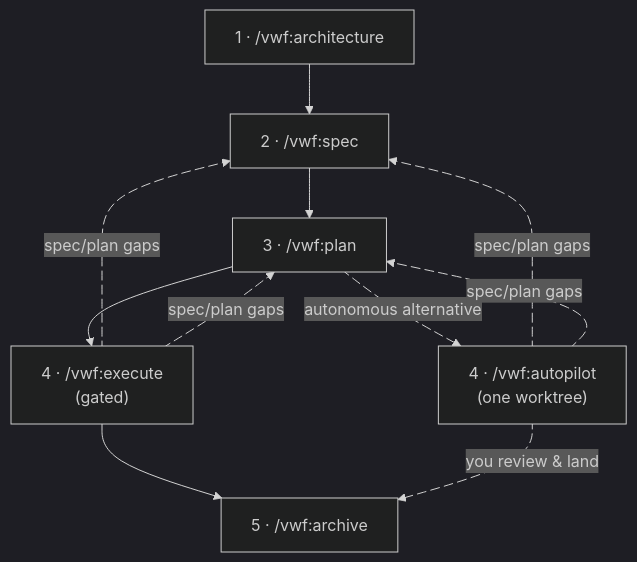
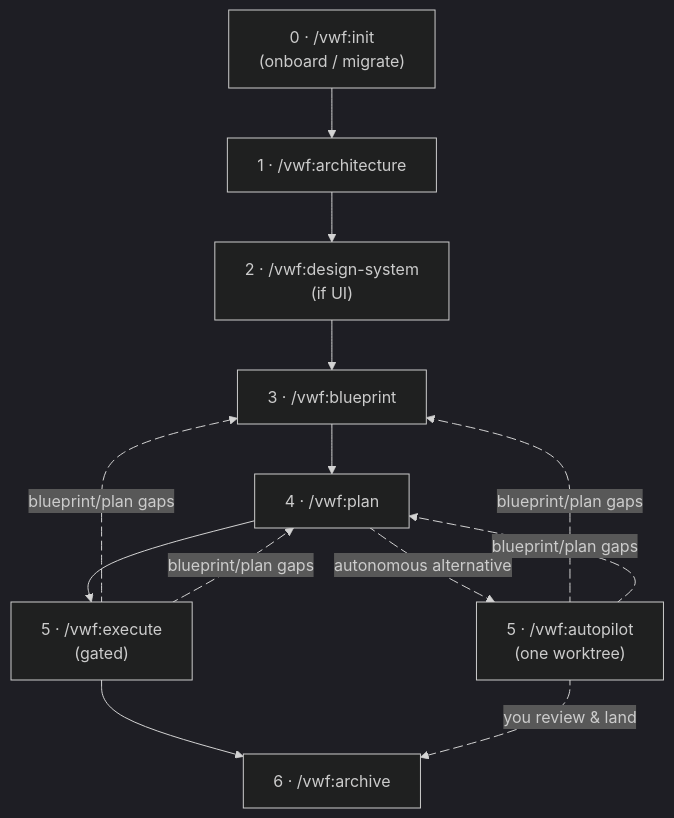
One commit to virajp/ai-plugins changed the first of 2 diagrams in readme.md. Above: the diagram before and after it, drawn with Mermaid (dark theme). The commit also changed other lines of this file and 50 other files, not shown here.

First line of the commit message:
feat(vwf): blueprint contract, design-system & init foundations

````diff
--- a/readme.md
+++ b/readme.md
@@ -112,19 +112,21 @@
 ```mermaid
 flowchart TD
-    A["1 · /vwf:architecture"] --> B["2 · /vwf:spec"]
-    B --> C["3 · /vwf:plan"]
-    C --> D["4 · /vwf:execute<br/>(gated)"]
-    C e1@-. "autonomous alternative" .-> F["4 · /vwf:autopilot<br/>(one worktree)"]
-    D --> E["5 · /vwf:archive"]
+    Z["0 · /vwf:init<br/>(onboard / migrate)"] --> A["1 · /vwf:architecture"]
+    A --> DS["2 · /vwf:design-system<br/>(if UI)"]
+    DS --> B["3 · /vwf:blueprint"]
+    B --> C["4 · /vwf:plan"]
+    C --> D["5 · /vwf:execute<br/>(gated)"]
+    C e1@-. "autonomous alternative" .-> F["5 · /vwf:autopilot<br/>(one worktree)"]
+    D --> E["6 · /vwf:archive"]
     F e2@-. "you review & land" .-> E
-    D e3@-. "spec/plan gaps" .-> B
-    D e4@-. "spec/plan gaps" .-> C
-    F e5@-. "spec/plan gaps" .-> B
-    F e6@-. "spec/plan gaps" .-> C
+    D e3@-. "blueprint/plan gaps" .-> B
+    D e4@-. "blueprint/plan gaps" .-> C
+    F e5@-. "blueprint/plan gaps" .-> B
+    F e6@-. "blueprint/plan gaps" .-> C
     e1@{ animate: true }
     e2@{ animate: true }
     e3@{ animate: true }
     e4@{ animate: true }
     e5@{ animate: true }
     e6@{ animate: true }
 ```
````
